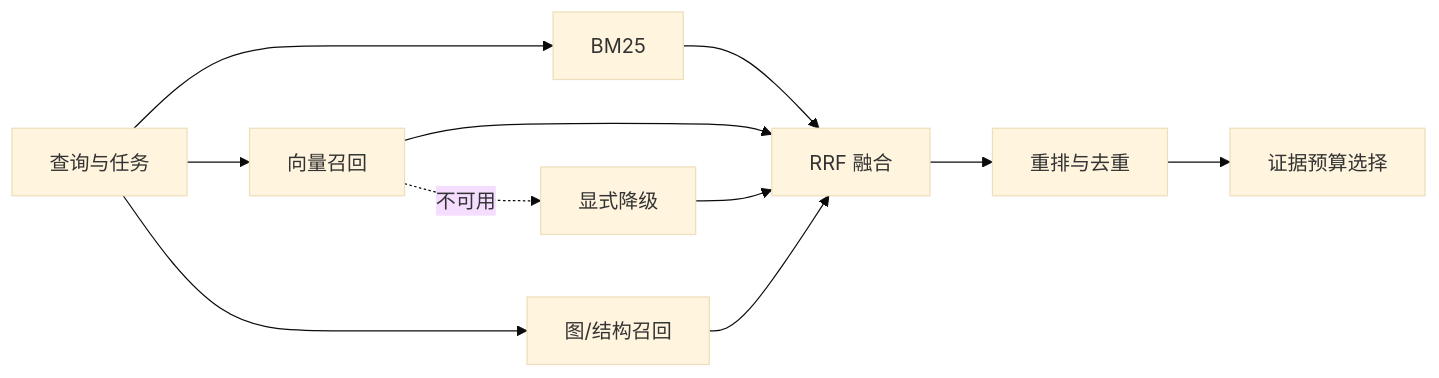
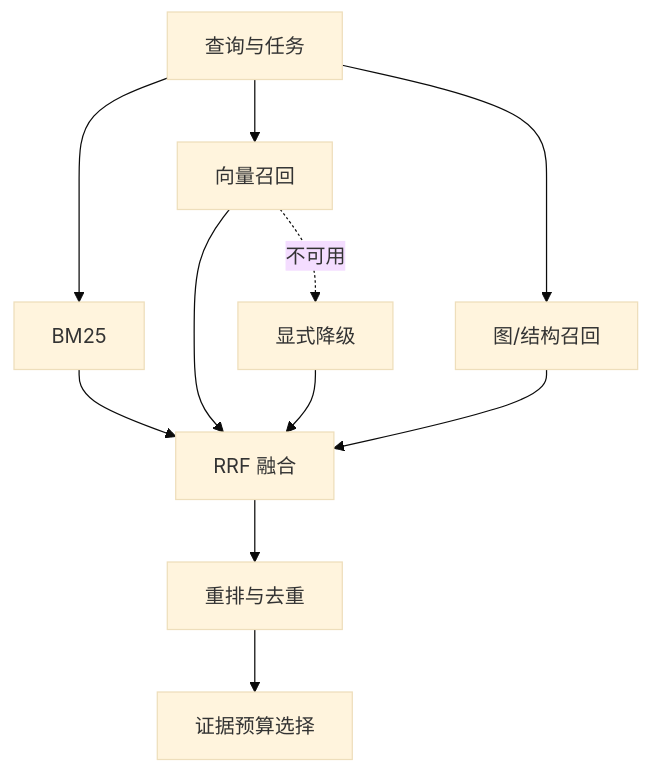
The diagram in book/part-2/chapter-05.md (LENSHOOD/enterprise-context-book), drawn with Mermaid (base theme) before and after one commit. The commit also changed other lines of this file and 23 other files, not shown here.

````diff
--- a/book/part-2/chapter-05.md
+++ b/book/part-2/chapter-05.md
@@ -27,13 +33,13 @@
 ```mermaid
-flowchart LR
+flowchart TB
   Q[查询与任务] --> B[BM25]
   Q --> V[向量召回]
   Q --> G[图/结构召回]
   B --> R[RRF 融合]
   V --> R
   G --> R
   R --> X[重排与去重]
   X --> E[证据预算选择]
   V -.不可用.-> D[显式降级]
   D --> R
 ```
````
